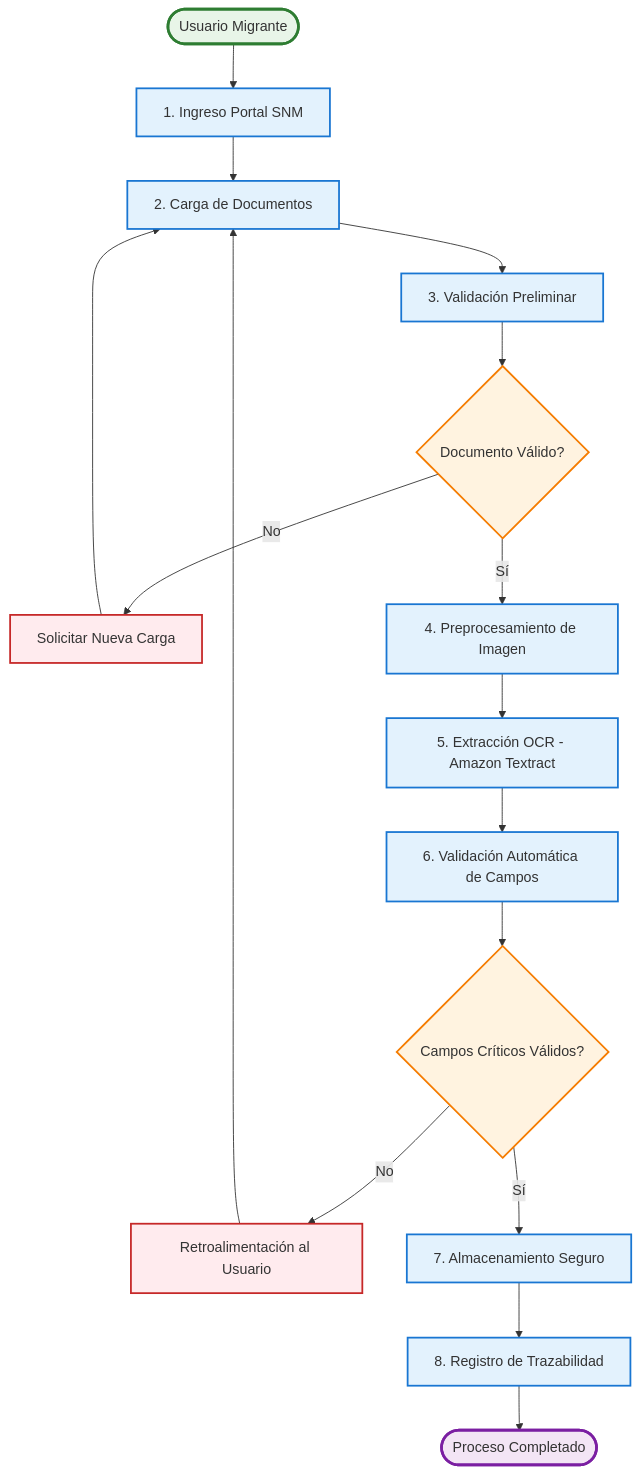
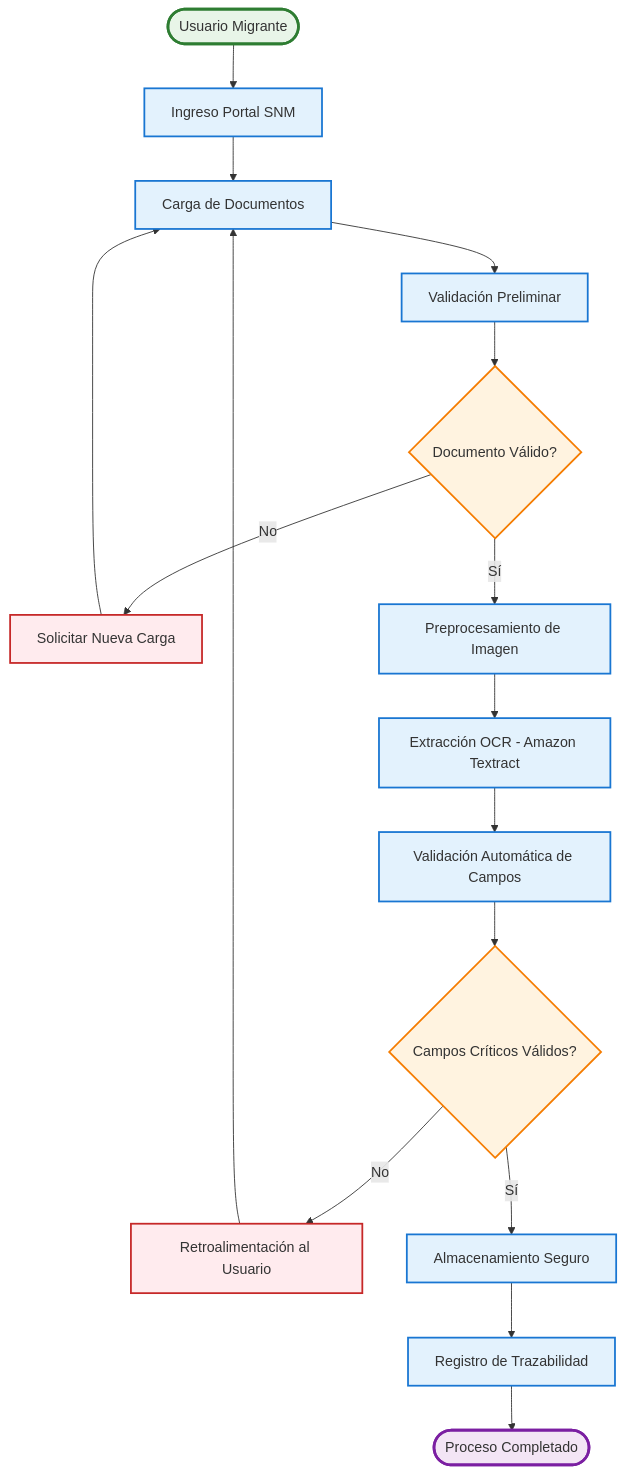
Before and after one commit to zuki2610/diagramas-arquitectura-tesis-ubo: the diagram in 07-flujo-tecnico-sistema.md, drawn with Mermaid. The commit also changed 5 other files, not shown here.

Commit message:
Corregir diagramas 5 y 7 - eliminar números problemáticos de todos los nodos

````diff
--- a/07-flujo-tecnico-sistema.md
+++ b/07-flujo-tecnico-sistema.md
@@ -5,35 +5,35 @@
 ```mermaid
 flowchart TD
-  START([Usuario Migrante]) --> A1[1. Ingreso Portal SNM]
-  A1 --> A2[2. Carga de Documentos]
-  A2 --> A3[3. Validación Preliminar]
+  START([Usuario Migrante]) --> A1[Ingreso Portal SNM]
+  A1 --> A2[Carga de Documentos]
+  A2 --> A3[Validación Preliminar]
   
   A3 --> A3A{Documento Válido?}
   A3A -->|No| A3B[Solicitar Nueva Carga]
   A3B --> A2
-  A3A -->|Sí| A4[4. Preprocesamiento de Imagen]
+  A3A -->|Sí| A4[Preprocesamiento de Imagen]
   
-  A4 --> A5[5. Extracción OCR - Amazon Textract]
-  A5 --> A6[6. Validación Automática de Campos]
+  A4 --> A5[Extracción OCR - Amazon Textract]
+  A5 --> A6[Validación Automática de Campos]
   
   A6 --> A6A{Campos Críticos Válidos?}
   A6A -->|No| A6B[Retroalimentación al Usuario]
   A6B --> A2
-  A6A -->|Sí| A7[7. Almacenamiento Seguro]
+  A6A -->|Sí| A7[Almacenamiento Seguro]
   
-  A7 --> A8[8. Registro de Trazabilidad]
+  A7 --> A8[Registro de Trazabilidad]
   A8 --> END([Proceso Completado])
 
   %% Estilos
   classDef start fill:#e8f5e8,stroke:#2e7d32,stroke-width:3px
   classDef stage fill:#e3f2fd,stroke:#1976d2,stroke-width:2px
   classDef decision fill:#fff3e0,stroke:#f57c00,stroke-width:2px
   classDef error fill:#ffebee,stroke:#c62828,stroke-width:2px
   classDef final fill:#f3e5f5,stroke:#7b1fa2,stroke-width:3px
 
   class START start
   class A1,A2,A3,A4,A5,A6,A7,A8 stage
   class A3A,A6A decision
   class A3B,A6B error
   class END final
 ``` 
````
